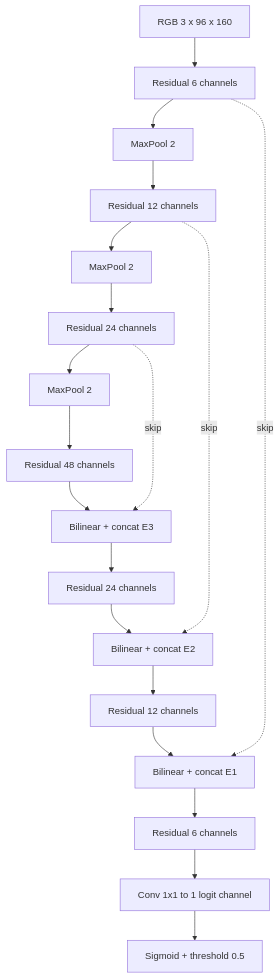
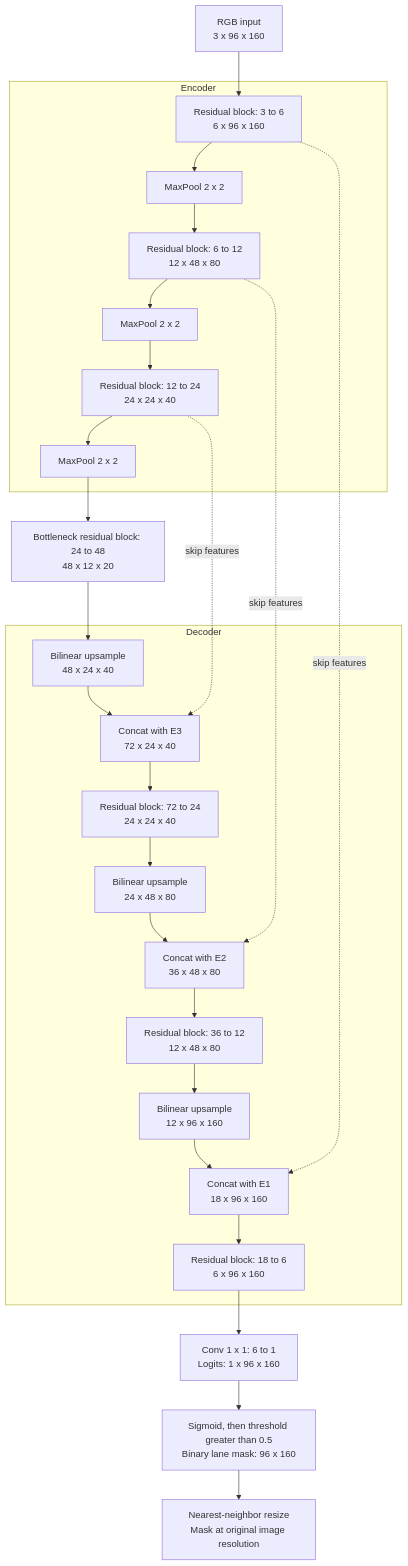
Before and after one commit to jkznx/custom-neural-network: the diagram in README.md, drawn with Mermaid. The commit also changed 2 other files, not shown here.

Commit message:
Expand Mermaid network and residual block diagrams

````diff
--- a/README.md
+++ b/README.md
@@ -36,15 +36,40 @@
 ```mermaid
 flowchart TD
-  X[RGB 3 x 96 x 160] --> E1[Residual 6 channels]
-  E1 --> P1[MaxPool 2] --> E2[Residual 12 channels]
-  E2 --> P2[MaxPool 2] --> E3[Residual 24 channels]
-  E3 --> P3[MaxPool 2] --> B[Residual 48 channels]
-  B --> U3[Bilinear + concat E3] --> D3[Residual 24 channels]
-  D3 --> U2[Bilinear + concat E2] --> D2[Residual 12 channels]
-  D2 --> U1[Bilinear + concat E1] --> D1[Residual 6 channels]
-  D1 --> H[Conv 1x1 to 1 logit channel]
-  H --> M[Sigmoid + threshold 0.5]
-  E3 -. skip .-> U3
-  E2 -. skip .-> U2
-  E1 -. skip .-> U1
+    INPUT["RGB input<br/>3 x 96 x 160"]
+
+    subgraph ENC["Encoder"]
+        E1["Residual block: 3 to 6<br/>6 x 96 x 160"]
+        P1["MaxPool 2 x 2"]
+        E2["Residual block: 6 to 12<br/>12 x 48 x 80"]
+        P2["MaxPool 2 x 2"]
+        E3["Residual block: 12 to 24<br/>24 x 24 x 40"]
+        P3["MaxPool 2 x 2"]
+        E1 --> P1 --> E2 --> P2 --> E3 --> P3
+    end
+
+    BRIDGE["Bottleneck residual block: 24 to 48<br/>48 x 12 x 20"]
+
+    subgraph DEC["Decoder"]
+        U3["Bilinear upsample<br/>48 x 24 x 40"]
+        C3["Concat with E3<br/>72 x 24 x 40"]
+        D3["Residual block: 72 to 24<br/>24 x 24 x 40"]
+        U2["Bilinear upsample<br/>24 x 48 x 80"]
+        C2["Concat with E2<br/>36 x 48 x 80"]
+        D2["Residual block: 36 to 12<br/>12 x 48 x 80"]
+        U1["Bilinear upsample<br/>12 x 96 x 160"]
+        C1["Concat with E1<br/>18 x 96 x 160"]
+        D1["Residual block: 18 to 6<br/>6 x 96 x 160"]
+        U3 --> C3 --> D3 --> U2 --> C2 --> D2 --> U1 --> C1 --> D1
+    end
+
+    HEAD["Conv 1 x 1: 6 to 1<br/>Logits: 1 x 96 x 160"]
+    MASK["Sigmoid, then threshold greater than 0.5<br/>Binary lane mask: 96 x 160"]
+    NATIVE["Nearest-neighbor resize<br/>Mask at original image resolution"]
+
+    INPUT --> E1
+    P3 --> BRIDGE --> U3
+    E3 -. "skip features" .-> C3
+    E2 -. "skip features" .-> C2
+    E1 -. "skip features" .-> C1
+    D1 --> HEAD --> MASK --> NATIVE
 ```
````
